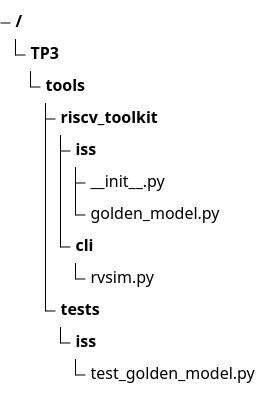
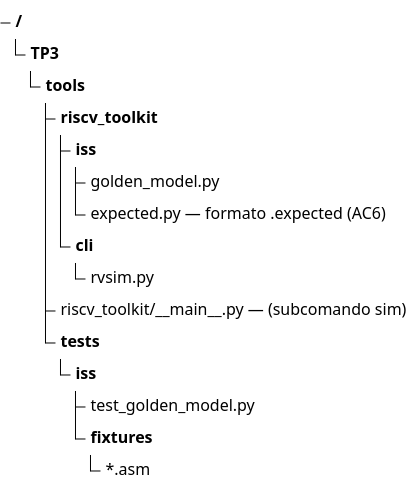
Before and after one commit to nicopinera/tps-arqui: the tenth of 47 diagrams in docs/PRD-pipeline-riscv.md, drawn with Mermaid. The commit also changed other lines of this file and 103 other files, not shown here.

````diff
--- a/docs/PRD-pipeline-riscv.md
+++ b/docs/PRD-pipeline-riscv.md
@@ -768,14 +823,17 @@
 ```mermaid
 treeView-beta
     "TP3/"
         "tools/"
             "riscv_toolkit/"
                 "iss/"
-                    "__init__.py"
                     "golden_model.py"
+                    "expected.py — formato .expected (AC6)"
                 "cli/"
                     "rvsim.py"
+            "riscv_toolkit/__main__.py — (subcomando sim)"
             "tests/"
                 "iss/"
                     "test_golden_model.py"
+                    "fixtures/"
+                        "*.asm"
 ```
````
